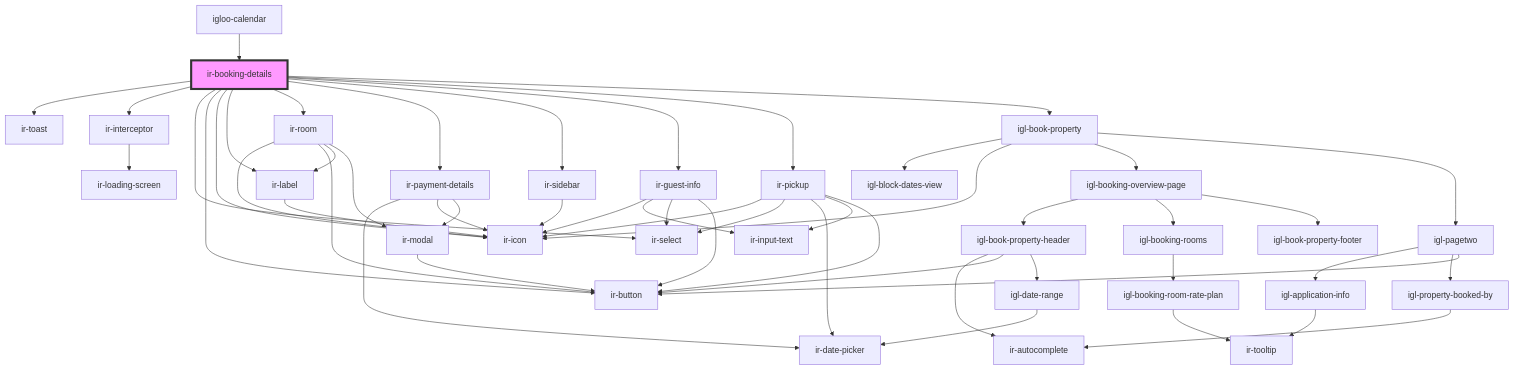
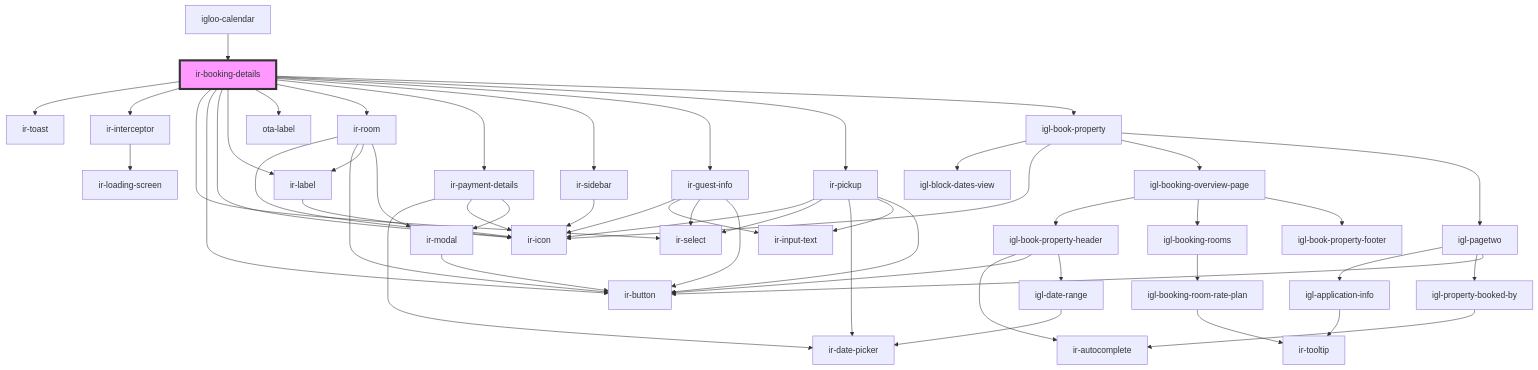
Before and after one commit to David1Chowaifaty/modified-ir-webcmp: the diagram in src/components/ir-booking-details/readme.md, drawn with Mermaid. The commit also changed other lines of this file and 11 other files, not shown here.

````diff
--- a/src/components/ir-booking-details/readme.md
+++ b/src/components/ir-booking-details/readme.md
@@ -58,55 +59,56 @@
 ```mermaid
 graph TD;
   ir-booking-details --> ir-toast
   ir-booking-details --> ir-interceptor
   ir-booking-details --> ir-select
   ir-booking-details --> ir-button
   ir-booking-details --> ir-icon
   ir-booking-details --> ir-label
+  ir-booking-details --> ota-label
   ir-booking-details --> ir-room
   ir-booking-details --> ir-payment-details
   ir-booking-details --> ir-sidebar
   ir-booking-details --> ir-guest-info
   ir-booking-details --> ir-pickup
   ir-booking-details --> igl-book-property
   ir-interceptor --> ir-loading-screen
   ir-label --> ir-icon
   ir-room --> ir-icon
   ir-room --> ir-button
   ir-room --> ir-label
   ir-room --> ir-modal
   ir-modal --> ir-button
   ir-payment-details --> ir-date-picker
   ir-payment-details --> ir-icon
   ir-payment-details --> ir-modal
   ir-sidebar --> ir-icon
   ir-guest-info --> ir-icon
   ir-guest-info --> ir-input-text
   ir-guest-info --> ir-select
   ir-guest-info --> ir-button
   ir-pickup --> ir-icon
   ir-pickup --> ir-select
   ir-pickup --> ir-date-picker
   ir-pickup --> ir-input-text
   ir-pickup --> ir-button
   igl-book-property --> igl-block-dates-view
   igl-book-property --> ir-icon
   igl-book-property --> igl-booking-overview-page
   igl-book-property --> igl-pagetwo
   igl-booking-overview-page --> igl-book-property-header
   igl-booking-overview-page --> igl-booking-rooms
   igl-booking-overview-page --> igl-book-property-footer
   igl-book-property-header --> ir-autocomplete
   igl-book-property-header --> ir-button
   igl-book-property-header --> igl-date-range
   igl-date-range --> ir-date-picker
   igl-booking-rooms --> igl-booking-room-rate-plan
   igl-booking-room-rate-plan --> ir-tooltip
   igl-pagetwo --> igl-application-info
   igl-pagetwo --> igl-property-booked-by
   igl-pagetwo --> ir-button
   igl-application-info --> ir-tooltip
   igl-property-booked-by --> ir-autocomplete
   igloo-calendar --> ir-booking-details
   style ir-booking-details fill:#f9f,stroke:#333,stroke-width:4px
 ```
````
